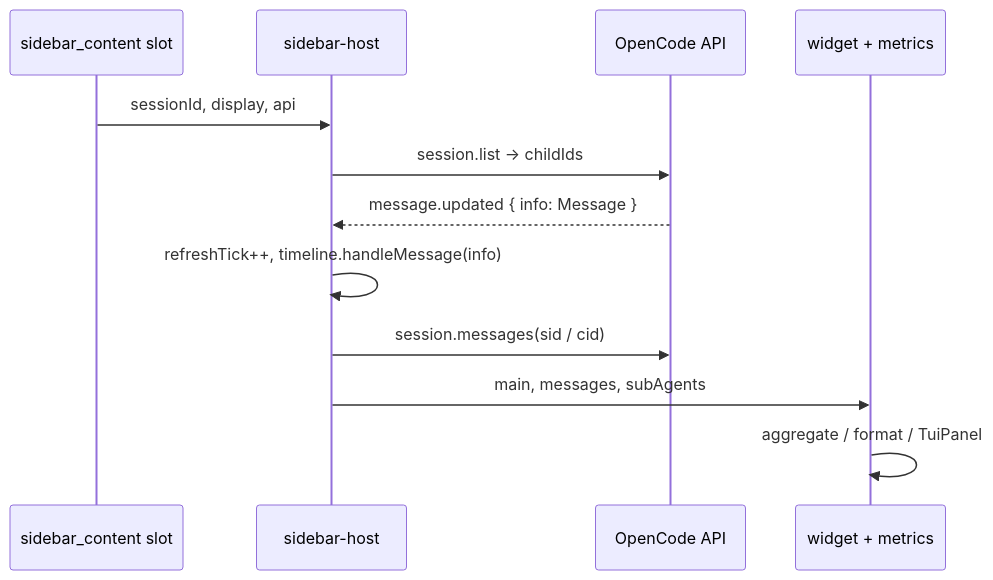
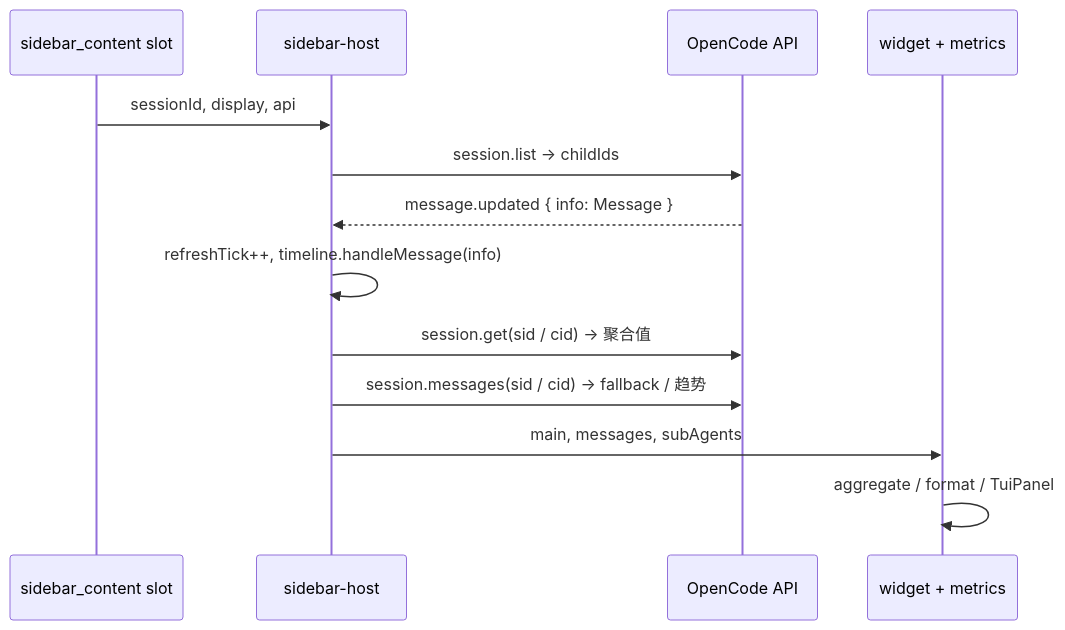
Before and after one commit to joaomj/opencode-cache-hit-plugin: the second of 4 diagrams in docs/zh-CN/design.md, drawn with Mermaid. The commit also changed other lines of this file and 11 other files, not shown here.

First line of the commit message:
fix: use session.get() aggregates to bypass 100-message cap

````diff
--- a/docs/zh-CN/design.md
+++ b/docs/zh-CN/design.md
@@ -51,15 +51,16 @@
 ```mermaid
 sequenceDiagram
   participant Slot as sidebar_content slot
   participant Host as sidebar-host
   participant API as OpenCode API
   participant W as widget + metrics
 
   Slot->>Host: sessionId, display, api
   Host->>API: session.list → childIds
   API-->>Host: message.updated { info: Message }
   Host->>Host: refreshTick++, timeline.handleMessage(info)
-  Host->>API: session.messages(sid / cid)
+  Host->>API: session.get(sid / cid) → 聚合值
+  Host->>API: session.messages(sid / cid) → fallback / 趋势
   Host->>W: main, messages, subAgents
   W->>W: aggregate / format / TuiPanel
 ```
````
